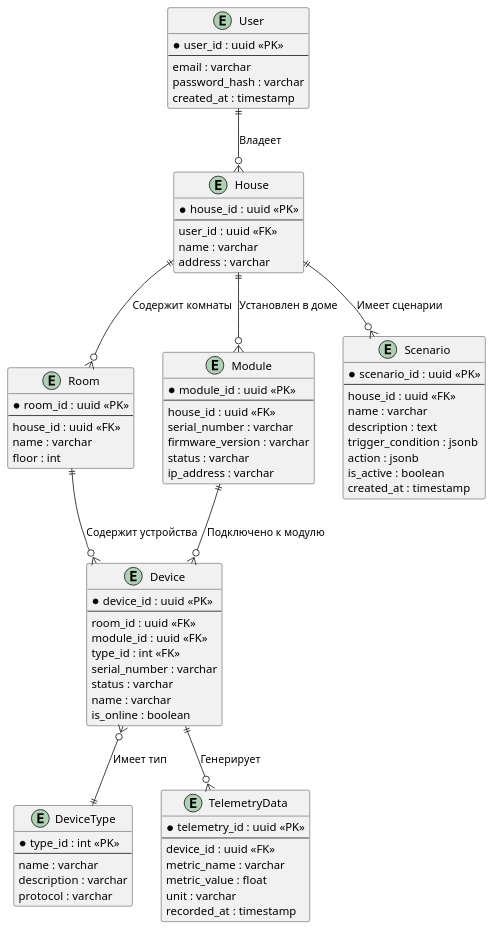
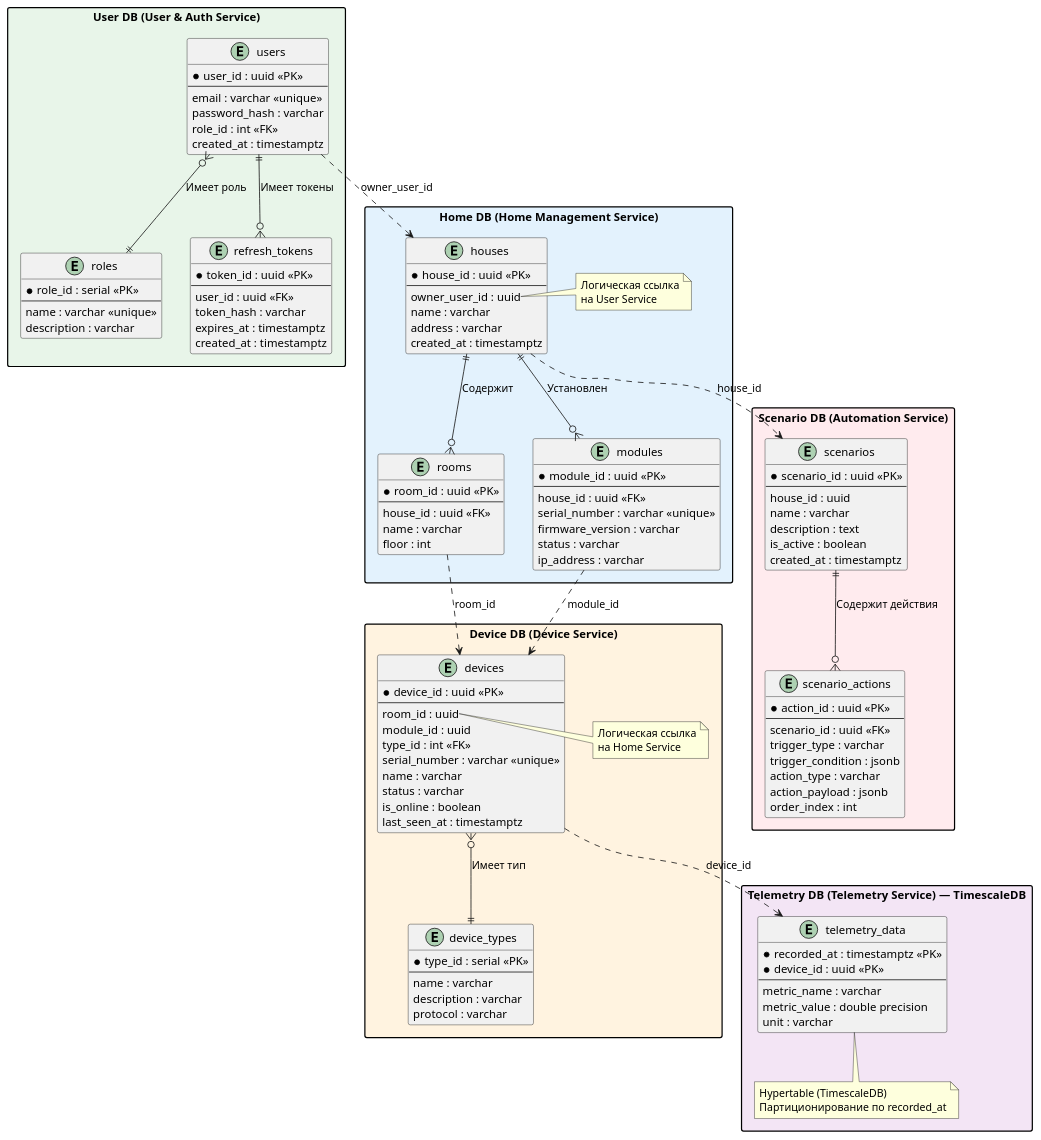
The seventh of 7 diagrams in README.md (akrasnikov79/architecture-warmhouse), drawn with PlantUML before and after one commit. The commit also changed other lines of this file and 5 other files, not shown here.

````diff
--- a/README.md
+++ b/README.md
@@ -194,88 +238,147 @@
 ```plantuml
 @startuml
-entity "User" as user {
-  * user_id : uuid <<PK>>
-  --
-  email : varchar
-  password_hash : varchar
-  created_at : timestamp
+skinparam packageStyle rectangle
+
+package "User DB (User & Auth Service)" as user_ctx #E8F5E9 {
+  entity "users" as users {
+    * user_id : uuid <<PK>>
+    --
+    email : varchar <<unique>>
+    password_hash : varchar
+    role_id : int <<FK>>
+    created_at : timestamptz
+  }
+
+  entity "roles" as roles {
+    * role_id : serial <<PK>>
+    --
+    name : varchar <<unique>>
+    description : varchar
+  }
+
+  entity "refresh_tokens" as tokens {
+    * token_id : uuid <<PK>>
+    --
+    user_id : uuid <<FK>>
+    token_hash : varchar
+    expires_at : timestamptz
+    created_at : timestamptz
+  }
+
+  users }o--|| roles : "Имеет роль"
+  users ||--o{ tokens : "Имеет токены"
 }
 
-entity "House" as house {
-  * house_id : uuid <<PK>>
-  --
-  user_id : uuid <<FK>>
-  name : varchar
-  address : varchar
+package "Home DB (Home Management Service)" as home_ctx #E3F2FD {
+  entity "houses" as houses {
+    * house_id : uuid <<PK>>
+    --
+    owner_user_id : uuid
+    name : varchar
+    address : varchar
+    created_at : timestamptz
+  }
+  note right of houses::owner_user_id
+    Логическая ссылка
+    на User Service
+  end note
+
+  entity "rooms" as rooms {
+    * room_id : uuid <<PK>>
+    --
+    house_id : uuid <<FK>>
+    name : varchar
+    floor : int
+  }
+
+  entity "modules" as modules {
+    * module_id : uuid <<PK>>
+    --
+    house_id : uuid <<FK>>
+    serial_number : varchar <<unique>>
+    firmware_version : varchar
+    status : varchar
+    ip_address : varchar
+  }
+
+  houses ||--o{ rooms : "Содержит"
+  houses ||--o{ modules : "Установлен"
 }
 
-entity "Room" as room {
-  * room_id : uuid <<PK>>
-  --
-  house_id : uuid <<FK>>
-  name : varchar
-  floor : int
+package "Device DB (Device Service)" as device_ctx #FFF3E0 {
+  entity "device_types" as dev_types {
+    * type_id : serial <<PK>>
+    --
+    name : varchar
+    description : varchar
+    protocol : varchar
+  }
+
+  entity "devices" as devices {
+    * device_id : uuid <<PK>>
+    --
+    room_id : uuid
+    module_id : uuid
+    type_id : int <<FK>>
+    serial_number : varchar <<unique>>
+    name : varchar
+    status : varchar
+    is_online : boolean
+    last_seen_at : timestamptz
+  }
+  note right of devices::room_id
+    Логическая ссылка
+    на Home Service
+  end note
+
+  devices }o--|| dev_types : "Имеет тип"
 }
 
-entity "Module" as module {
-  * module_id : uuid <<PK>>
-  --
-  house_id : uuid <<FK>>
-  serial_number : varchar
-  firmware_version : varchar
-  status : varchar
-  ip_address : varchar
+package "Telemetry DB (Telemetry Service) — TimescaleDB" as telemetry_ctx #F3E5F5 {
+  entity "telemetry_data" as telemetry {
+    * recorded_at : timestamptz <<PK>>
+    * device_id : uuid <<PK>>
+    --
+    metric_name : varchar
+    metric_value : double precision
+    unit : varchar
+  }
+  note bottom of telemetry
+    Hypertable (TimescaleDB)
+    Партиционирование по recorded_at
+  end note
 }
 
-entity "DeviceType" as dev_type {
-  * type_id : int <<PK>>
-  --
-  name : varchar
-  description : varchar
-  protocol : varchar
+package "Scenario DB (Automation Service)" as scenario_ctx #FFEBEE {
+  entity "scenarios" as scenarios {
+    * scenario_id : uuid <<PK>>
+    --
+    house_id : uuid
+    name : varchar
+    description : text
+    is_active : boolean
+    created_at : timestamptz
+  }
+
+  entity "scenario_actions" as actions {
+    * action_id : uuid <<PK>>
+    --
+    scenario_id : uuid <<FK>>
+    trigger_type : varchar
+    trigger_condition : jsonb
+    action_type : varchar
+    action_payload : jsonb
+    order_index : int
+  }
+
+  scenarios ||--o{ actions : "Содержит действия"
 }
 
-entity "Device" as device {
-  * device_id : uuid <<PK>>
-  --
-  room_id : uuid <<FK>>
-  module_id : uuid <<FK>>
-  type_id : int <<FK>>
-  serial_number : varchar
-  status : varchar
-  name : varchar
-  is_online : boolean
-}
-
-entity "TelemetryData" as telemetry {
-  * telemetry_id : uuid <<PK>>
-  --
-  device_id : uuid <<FK>>
-  metric_name : varchar
-  metric_value : float
-  unit : varchar
-  recorded_at : timestamp
-}
-
-entity "Scenario" as scenario {
-  * scenario_id : uuid <<PK>>
-  --
-  house_id : uuid <<FK>>
-  name : varchar
-  description : text
-  trigger_condition : jsonb
-  action : jsonb
-  is_active : boolean
-  created_at : timestamp
-}
-
-user ||--o{ house : "Владеет"
-house ||--o{ room : "Содержит комнаты"
-house ||--o{ module : "Установлен в доме"
-house ||--o{ scenario : "Имеет сценарии"
-room ||--o{ device : "Содержит устройства"
-module ||--o{ device : "Подключено к модулю"
-device }o--|| dev_type : "Имеет тип"
-device ||--o{ telemetry : "Генерирует"
+' Межсервисные логические связи (пунктир)
+users ..> houses : "owner_user_id"
+rooms ..> devices : "room_id"
+modules ..> devices : "module_id"
+devices ..> telemetry : "device_id"
+houses ..> scenarios : "house_id"
 @enduml
 ```
````
